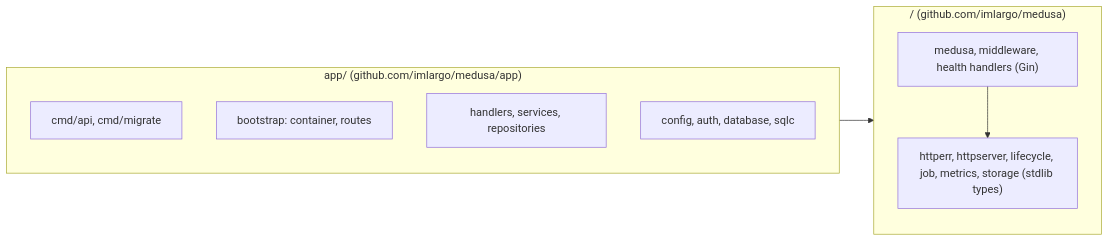
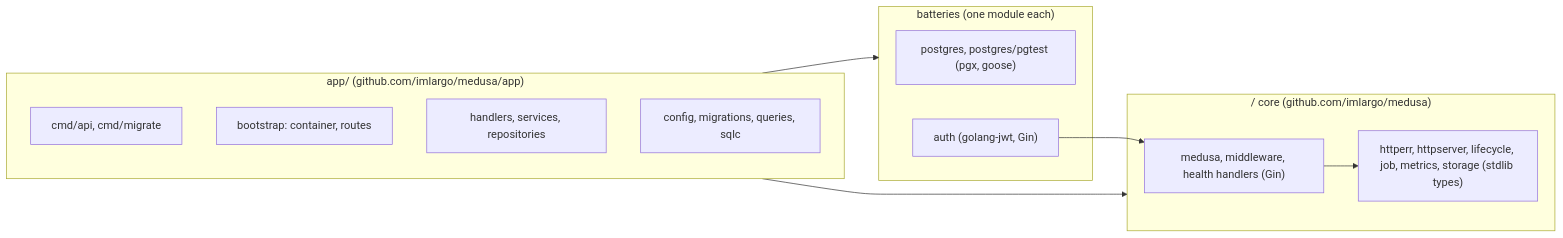
Before and after one commit to imlargo/medusa: the first of 4 diagrams in docs/architecture.md, drawn with Mermaid. The commit also changed other lines of this file and 4 other files, not shown here.

````diff
--- a/docs/architecture.md
+++ b/docs/architecture.md
@@ -7,15 +7,21 @@
 ```mermaid
 flowchart LR
     subgraph app["app/ (github.com/imlargo/medusa/app)"]
         cmd["cmd/api, cmd/migrate"]
         bootstrap["bootstrap: container, routes"]
         domain["handlers, services, repositories"]
-        infra["config, auth, database, sqlc"]
+        infra["config, migrations, queries, sqlc"]
     end
-    subgraph medusa["/ (github.com/imlargo/medusa)"]
+    subgraph batteries["batteries (one module each)"]
+        pg["postgres, postgres/pgtest (pgx, goose)"]
+        auth["auth (golang-jwt, Gin)"]
+    end
+    subgraph medusa["/ core (github.com/imlargo/medusa)"]
         edge["medusa, middleware, health handlers (Gin)"]
         core["httperr, httpserver, lifecycle, job, metrics, storage (stdlib types)"]
     end
+    app --> batteries
     app --> medusa
+    auth --> edge
     edge --> core
 ```
````
